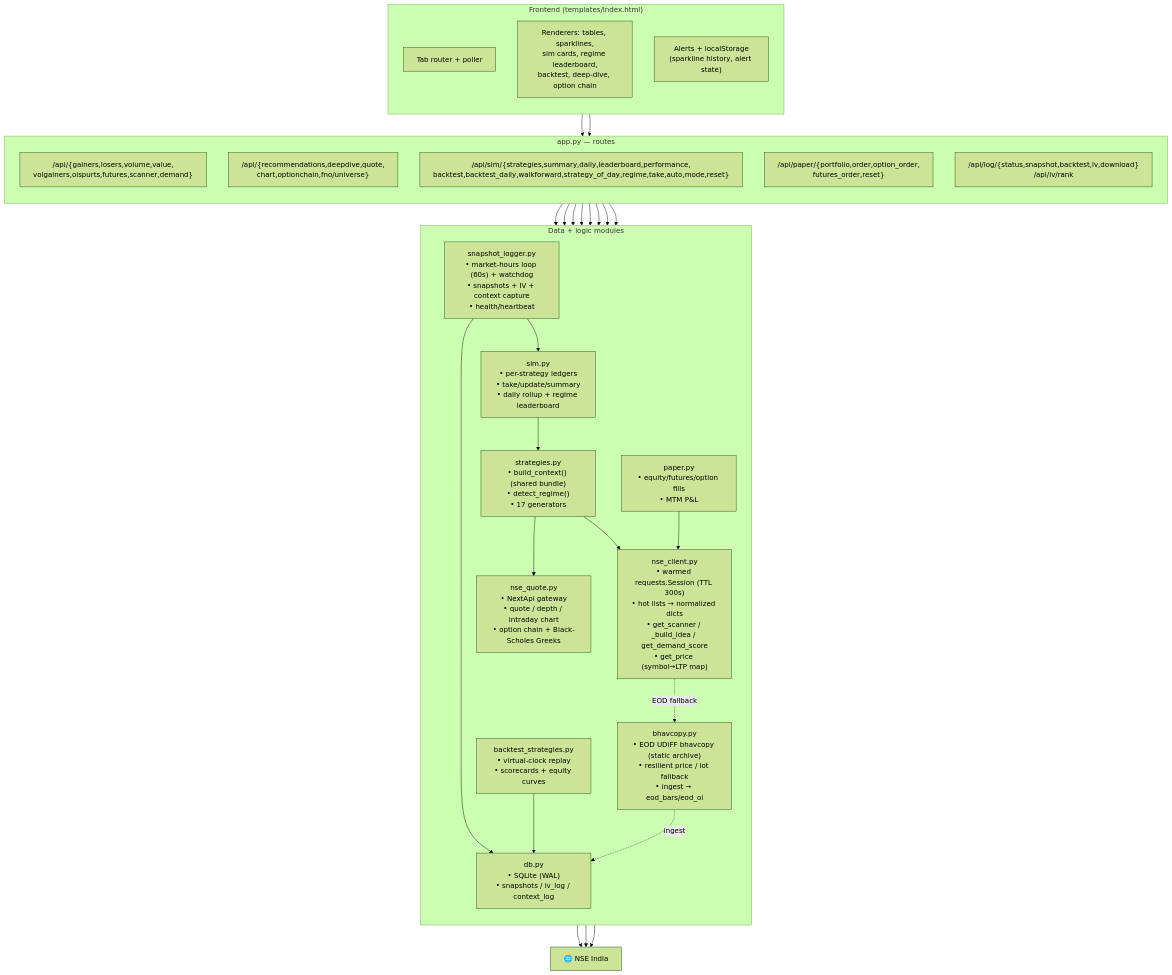
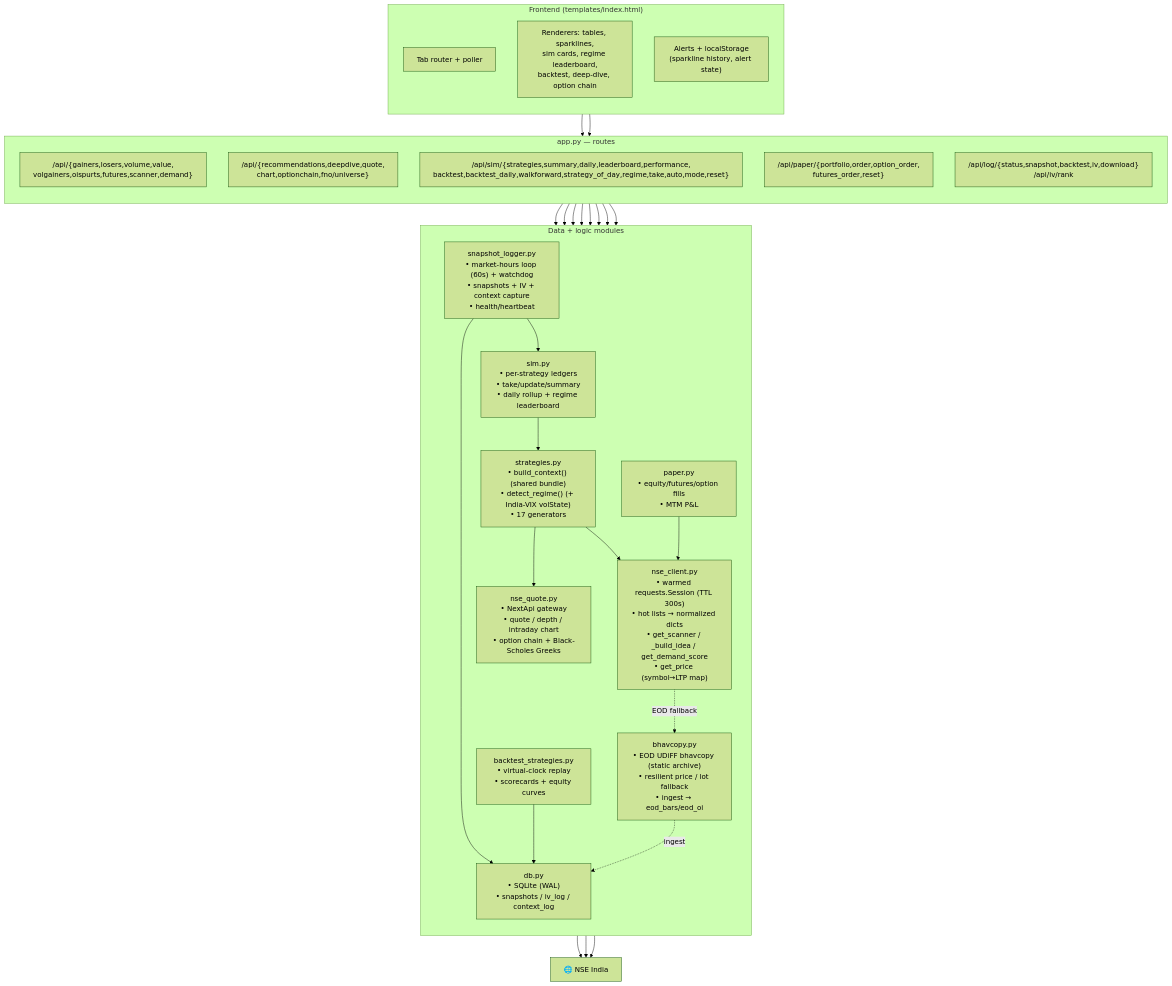
The third of 8 diagrams in README.md (aakash-jain-1/nse-market-pulse), drawn with Mermaid (forest theme) before and after one commit. The commit also changed other lines of this file and 14 other files, not shown here.

First line of the commit message:
Volatility-aware regime board (India VIX axis) + vol leaderboard; 456 -> 470 tests

````diff
--- a/README.md
+++ b/README.md
@@ -232,51 +232,51 @@
 ```mermaid
 flowchart TB
     subgraph FE["Frontend (templates/index.html)"]
         direction TB
         TABS["Tab router + poller"]
         REND["Renderers: tables, sparklines,<br/>sim cards, regime leaderboard,<br/>backtest, deep-dive, option chain"]
         ALERT["Alerts + localStorage<br/>(sparkline history, alert state)"]
     end
 
     subgraph API["app.py — routes"]
         direction TB
         R1["/api/{gainers,losers,volume,value,<br/>volgainers,oispurts,futures,scanner,demand}"]
         R2["/api/{recommendations,deepdive,quote,<br/>chart,optionchain,fno/universe}"]
         R3["/api/sim/{strategies,summary,daily,leaderboard,performance,<br/>backtest,backtest_daily,walkforward,strategy_of_day,regime,take,auto,mode,reset}"]
         R4["/api/paper/{portfolio,order,option_order,<br/>futures_order,reset}"]
         R5["/api/log/{status,snapshot,backtest,iv,download}<br/>/api/iv/rank"]
     end
 
     subgraph DATA["Data + logic modules"]
         direction TB
         NC["nse_client.py<br/>• warmed requests.Session (TTL 300s)<br/>• hot lists → normalized dicts<br/>• get_scanner / _build_idea / get_demand_score<br/>• get_price (symbol→LTP map)"]
         NQ["nse_quote.py<br/>• NextApi gateway<br/>• quote / depth / intraday chart<br/>• option chain + Black-Scholes Greeks"]
         BC["bhavcopy.py<br/>• EOD UDiFF bhavcopy (static archive)<br/>• resilient price / lot fallback<br/>• ingest → eod_bars/eod_oi"]
-        ST["strategies.py<br/>• build_context() (shared bundle)<br/>• detect_regime()<br/>• 17 generators"]
+        ST["strategies.py<br/>• build_context() (shared bundle)<br/>• detect_regime() (+ India-VIX volState)<br/>• 17 generators"]
         SM["sim.py<br/>• per-strategy ledgers<br/>• take/update/summary<br/>• daily rollup + regime leaderboard"]
         BK["backtest_strategies.py<br/>• virtual-clock replay<br/>• scorecards + equity curves"]
         PP["paper.py<br/>• equity/futures/option fills<br/>• MTM P&L"]
         SL["snapshot_logger.py<br/>• market-hours loop (60s) + watchdog<br/>• snapshots + IV + context capture<br/>• health/heartbeat"]
         DBM["db.py<br/>• SQLite (WAL)<br/>• snapshots / iv_log / context_log"]
     end
 
     NSEAPI["🌐 NSE India"]
 
     TABS --> API
     REND --> API
     R1 --> NC
     R2 --> NC & NQ
     R3 --> SM & BK & ST
     R4 --> PP
     R5 --> SL
     NC --> NSEAPI
     NQ --> NSEAPI
     ST --> NC & NQ
     SM --> ST
     SL --> SM & DBM
     BK --> DBM
     PP --> NC
     NC -.EOD fallback.-> BC
     BC --> NSEAPI
     BC -.ingest.-> DBM
 ```
````
